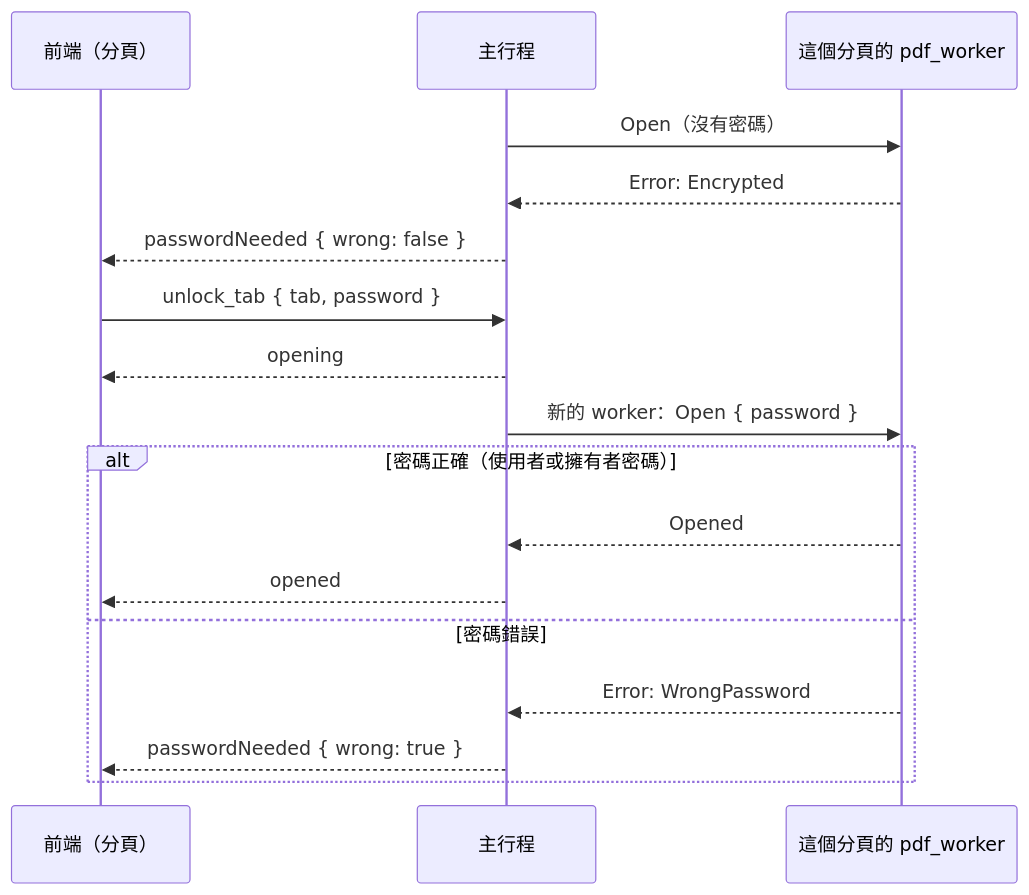
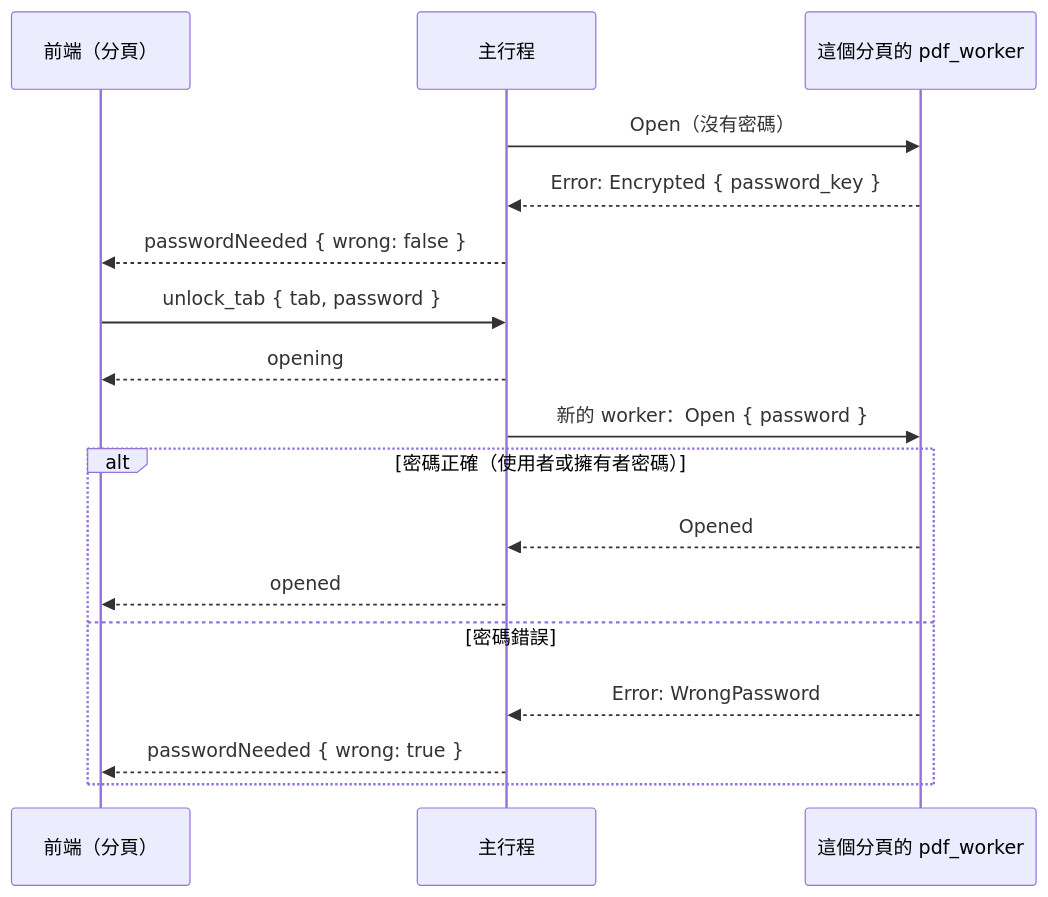
The diagram in docs/architecture/encryption.md (winner0988/Pdf-reader), drawn with Mermaid before and after one commit. The commit also changed other lines of this file and 13 other files, not shown here.

First line of the commit message:
feat(worker): report the key a remembered password is looked up by (B2-23, ADR 0017)

````diff
--- a/docs/architecture/encryption.md
+++ b/docs/architecture/encryption.md
@@ -7,19 +7,19 @@
 ```mermaid
 sequenceDiagram
   participant F as 前端（分頁）
   participant M as 主行程
   participant W as 這個分頁的 pdf_worker
   M->>W: Open（沒有密碼）
-  W-->>M: Error: Encrypted
+  W-->>M: Error: Encrypted { password_key }
   M-->>F: passwordNeeded { wrong: false }
   F->>M: unlock_tab { tab, password }
   M-->>F: opening
   M->>W: 新的 worker：Open { password }
   alt 密碼正確（使用者或擁有者密碼）
     W-->>M: Opened
     M-->>F: opened
   else 密碼錯誤
     W-->>M: Error: WrongPassword
     M-->>F: passwordNeeded { wrong: true }
   end
 ```
````
